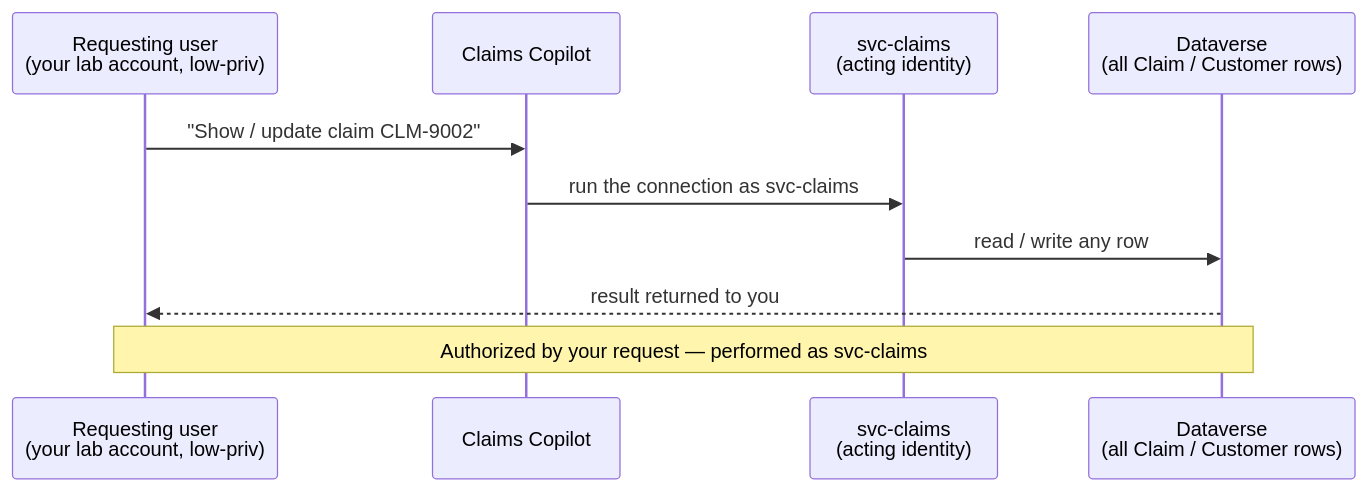
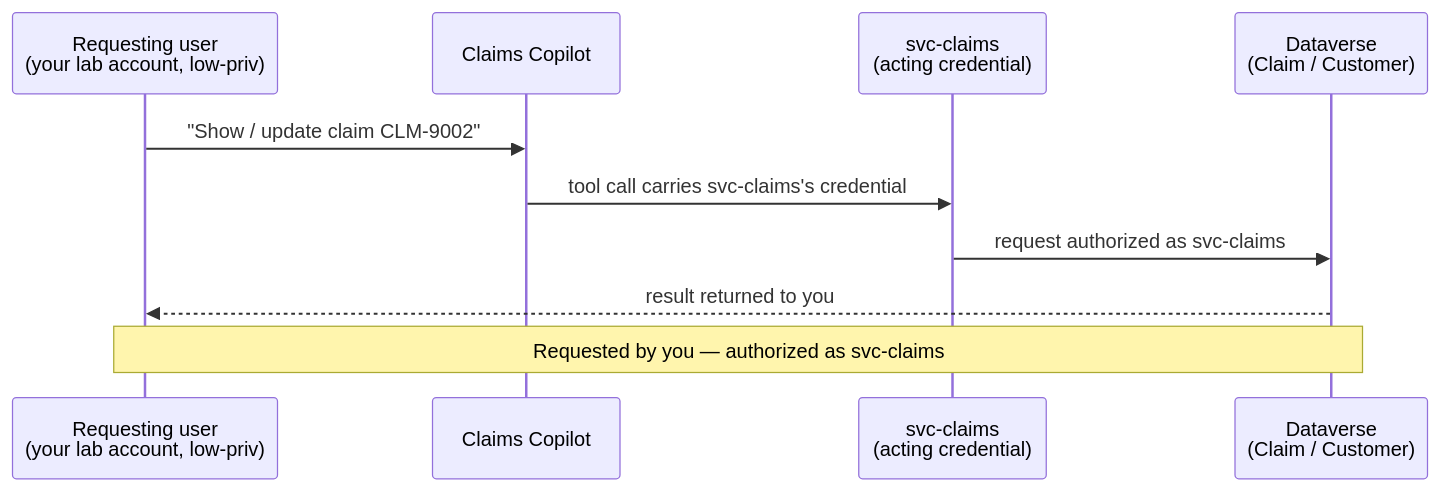
The diagram in docs/04_break_the_agents/04_04.md (solliancenet/copilot-studio-shadow-agents-workshop), drawn with Mermaid before and after one commit. The commit also changed other lines of this file and 7 other files, not shown here.

Commit message:
Module 4: suggested answers behind reveals, published agent with own lab account, acting-credential vocabulary

````diff
--- a/docs/04_break_the_agents/04_04.md
+++ b/docs/04_break_the_agents/04_04.md
@@ -29,12 +29,12 @@
 ```mermaid
 sequenceDiagram
   participant J as Requesting user<br/>(your lab account, low-priv)
   participant A as Claims Copilot
-  participant S as svc-claims<br/>(acting identity)
-  participant D as Dataverse<br/>(all Claim / Customer rows)
+  participant S as svc-claims<br/>(acting credential)
+  participant D as Dataverse<br/>(Claim / Customer)
   J->>A: "Show / update claim CLM-9002"
-  A->>S: run the connection as svc-claims
-  S->>D: read / write any row
+  A->>S: tool call carries svc-claims's credential
+  S->>D: request authorized as svc-claims
   D-->>J: result returned to you
-  Note over J,D: Authorized by your request — performed as svc-claims
+  Note over J,D: Requested by you — authorized as svc-claims
 ```
````
